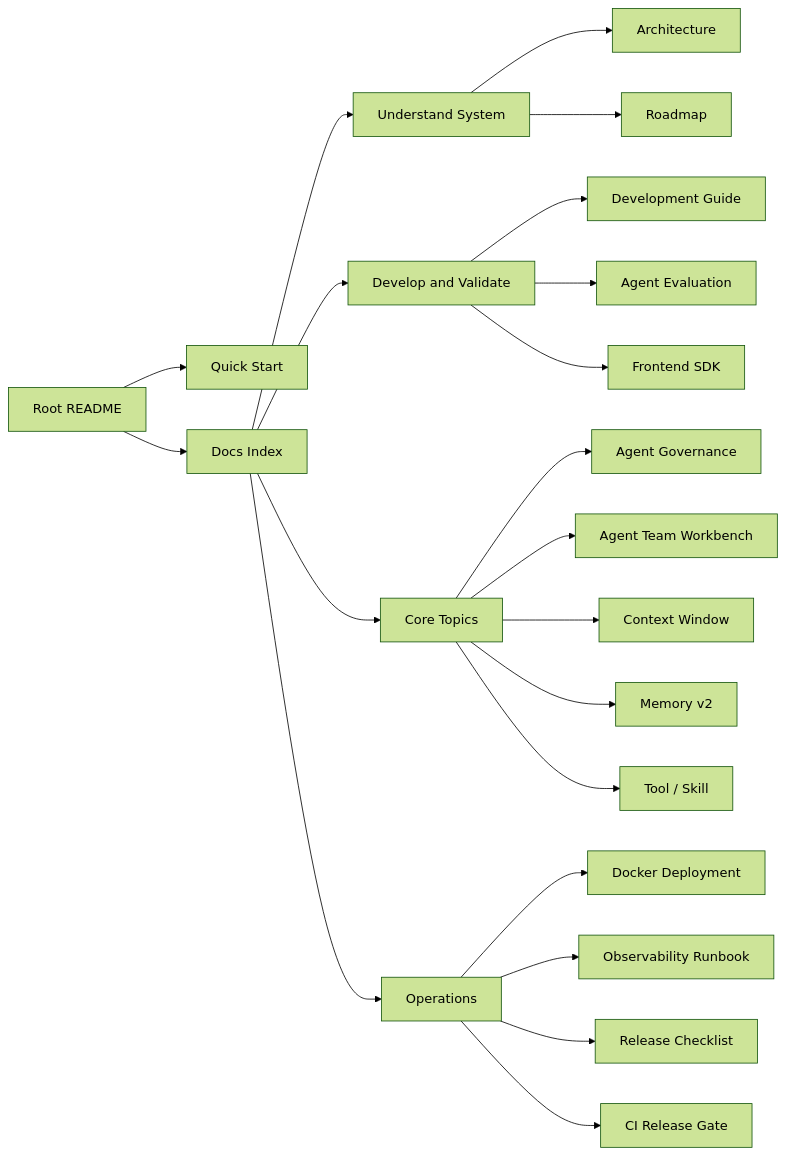
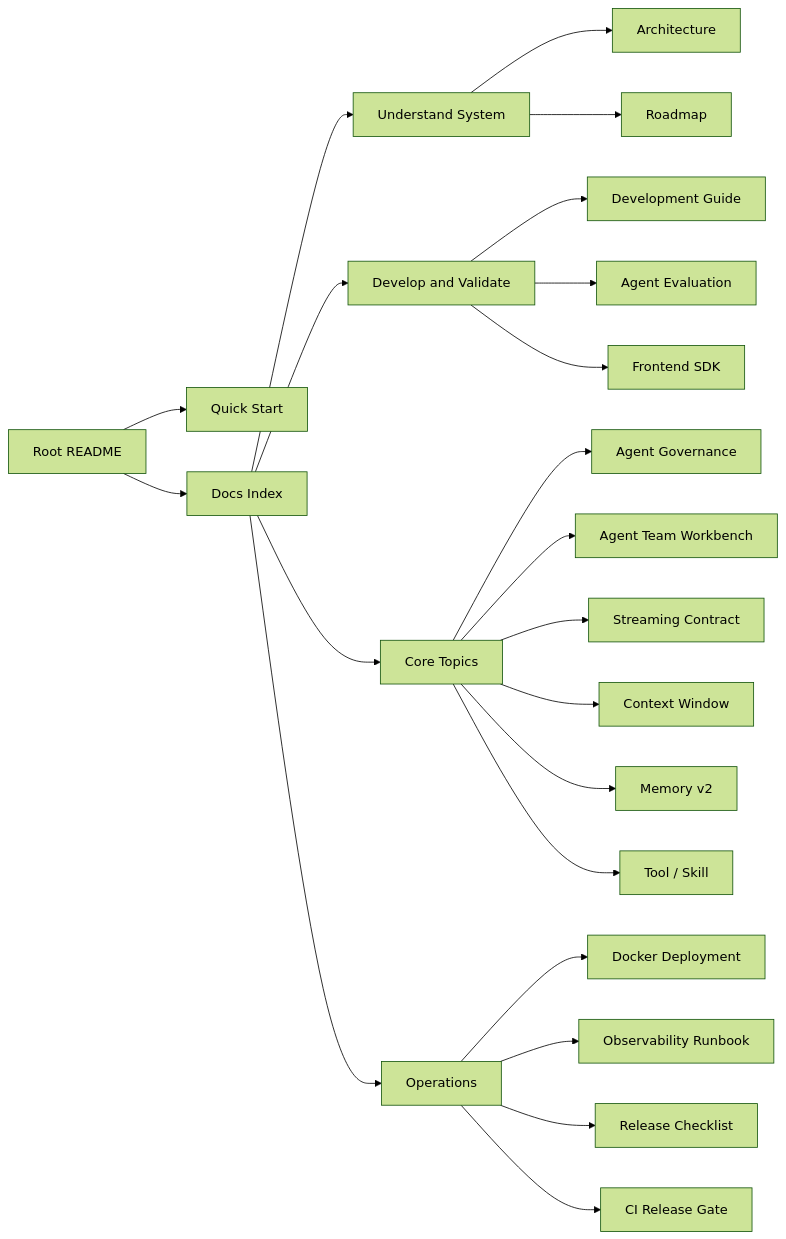
Before and after one commit to William-zgx/focus-agent: the diagram in docs/README.md, drawn with Mermaid (forest theme). The commit also changed other lines of this file and 34 other files, not shown here.

````diff
--- a/docs/README.md
+++ b/docs/README.md
@@ -9,23 +9,24 @@
 ```mermaid
 flowchart LR
     README["Root README"] --> Quick["Quick Start"]
     README --> Docs["Docs Index"]
     Docs --> Understand["Understand System"]
     Docs --> Develop["Develop and Validate"]
     Docs --> Topics["Core Topics"]
     Docs --> Ops["Operations"]
     Understand --> Architecture["Architecture"]
     Understand --> Roadmap["Roadmap"]
     Develop --> DevGuide["Development Guide"]
     Develop --> EvalGuide["Agent Evaluation"]
     Develop --> SDK["Frontend SDK"]
     Topics --> Governance["Agent Governance"]
     Topics --> AgentTeam["Agent Team Workbench"]
+    Topics --> Streaming["Streaming Contract"]
     Topics --> ContextWindow["Context Window"]
     Topics --> Memory["Memory v2"]
     Topics --> Tools["Tool / Skill"]
     Ops --> Docker["Docker Deployment"]
     Ops --> Observability["Observability Runbook"]
     Ops --> Release["Release Checklist"]
     Ops --> CIGate["CI Release Gate"]
 ```
````
